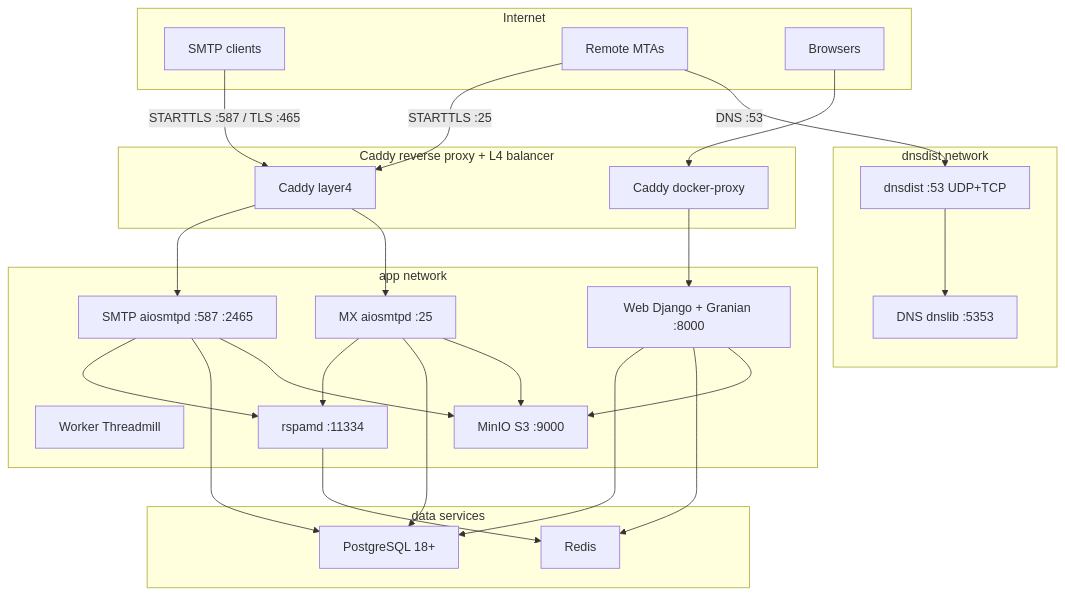
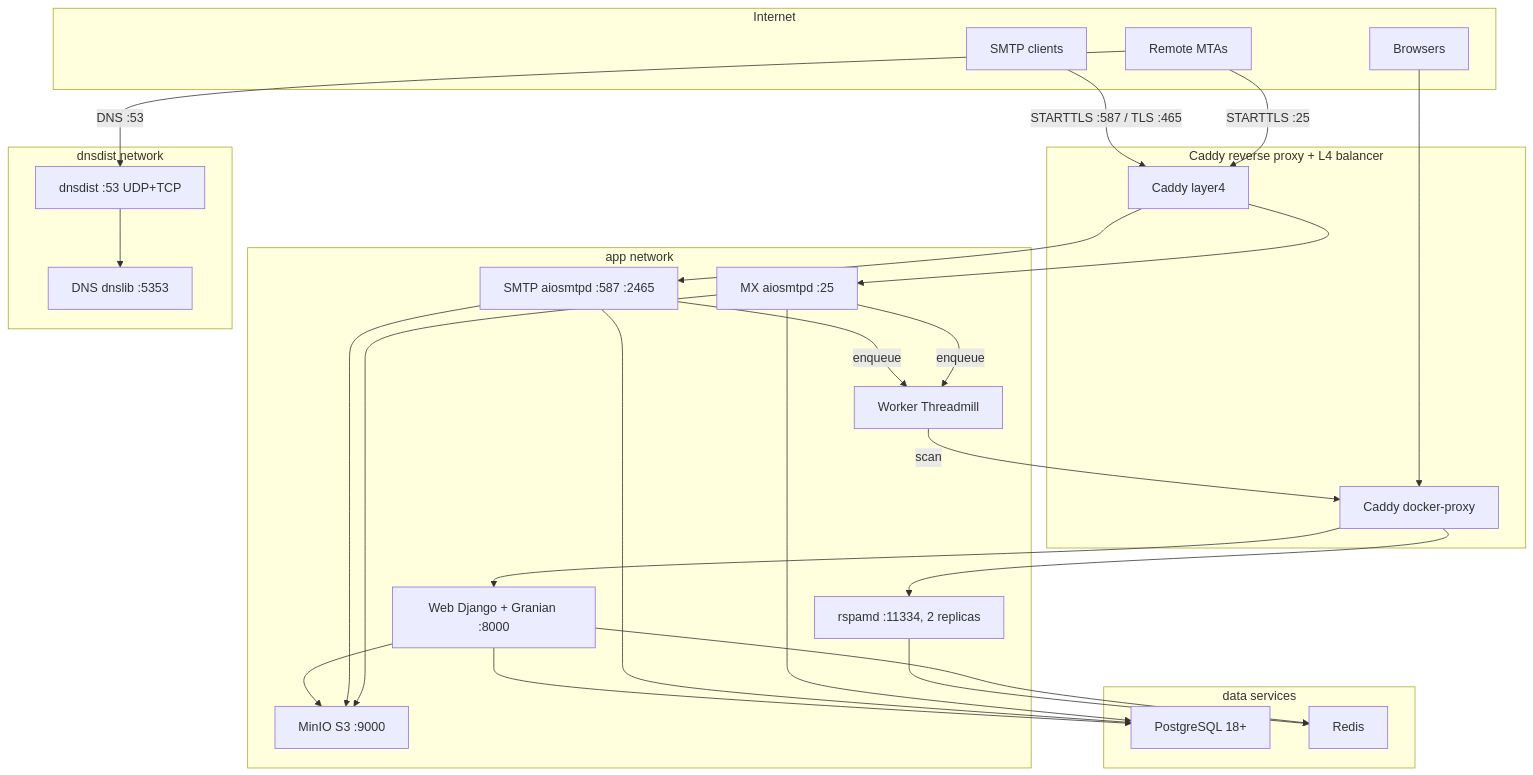
The first of 2 diagrams in README.md (codingjoe/relay), drawn with Mermaid before and after one commit. The commit also changed 14 other files, not shown here.

````diff
--- a/README.md
+++ b/README.md
@@ -85,51 +85,53 @@
 ```mermaid
 flowchart TD
     subgraph internet[Internet]
         client[SMTP clients]
         sender[Remote MTAs]
         browser[Browsers]
     end
 
     subgraph caddy[Caddy reverse proxy + L4 balancer]
         caddy_proxy[Caddy docker-proxy]
         caddy_l4[Caddy layer4]
     end
 
     subgraph app[app network]
         web[Web Django + Granian :8000]
         msa[SMTP aiosmtpd :587 :2465]
         mta[MX aiosmtpd :25]
         worker[Worker Threadmill]
-        rspamd[rspamd :11334]
+        rspamd[rspamd :11334, 2 replicas]
         minio[MinIO S3 :9000]
     end
 
     subgraph data[data services]
         pg[PostgreSQL 18+]
         redis[Redis]
     end
 
     subgraph dns[dnsdist network]
         dnsdist[dnsdist :53 UDP+TCP]
         dns_ns[DNS dnslib :5353]
     end
 
     browser --> caddy_proxy
     caddy_proxy --> web
     client -->|STARTTLS :587 / TLS :465| caddy_l4
     sender -->|STARTTLS :25| caddy_l4
     caddy_l4 --> msa
     caddy_l4 --> mta
-    msa --> rspamd
-    mta --> rspamd
+    msa -->|enqueue| worker
+    mta -->|enqueue| worker
+    worker -->|scan| caddy_proxy
+    caddy_proxy --> rspamd
     rspamd --> redis
     web --> pg
     web --> redis
     web --> minio
     msa --> pg
     msa --> minio
     mta --> pg
     mta --> minio
     dnsdist --> dns_ns
     sender -->|DNS :53| dnsdist
 ```
````
